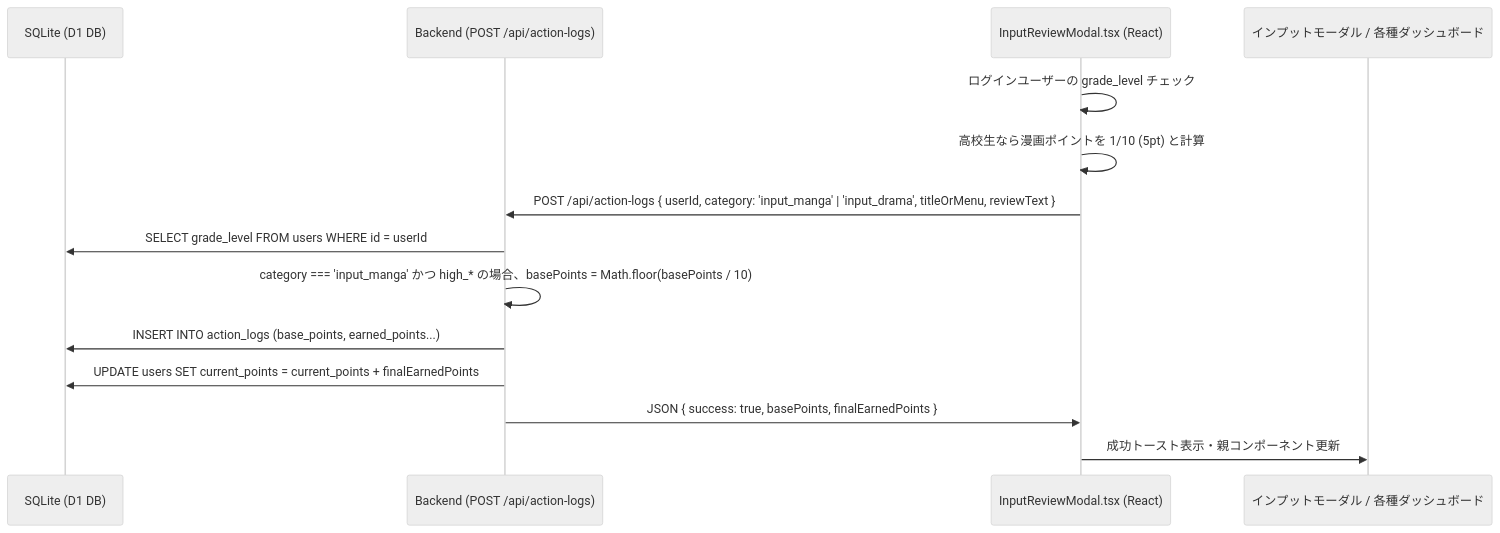
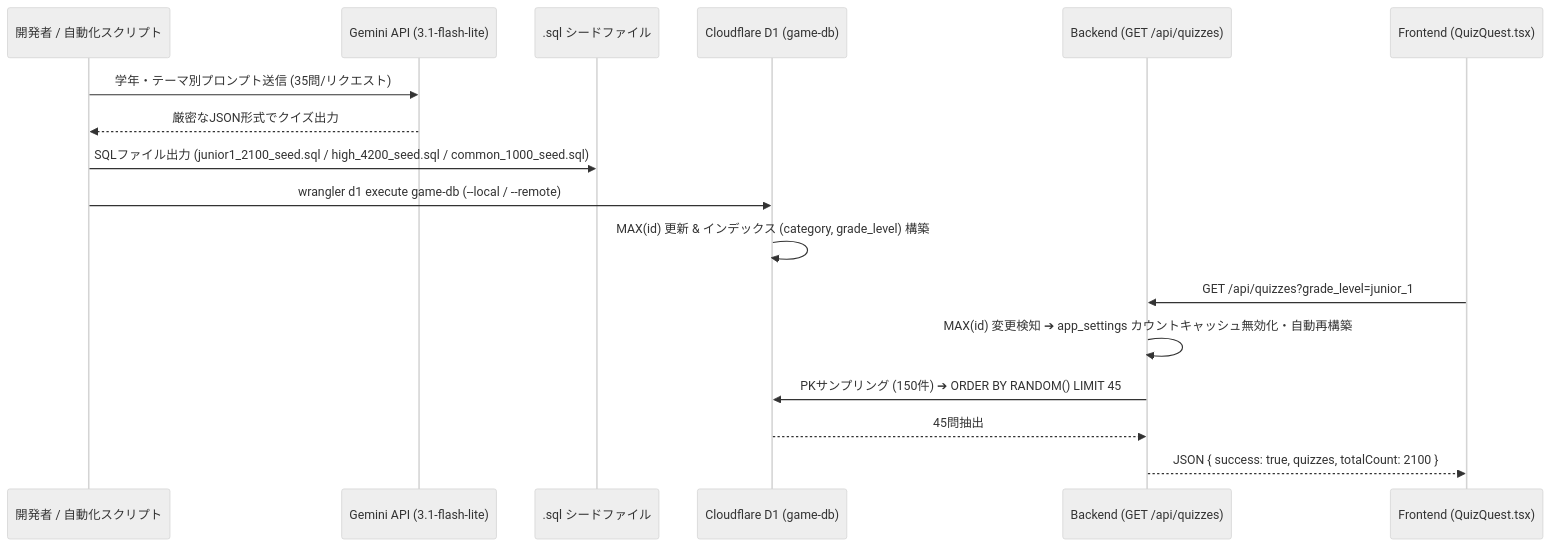
Before and after one commit to keitarofukui/incentique: the diagram in docs/design-spec.md, drawn with Mermaid (neutral theme). The commit also changed other lines of this file and 12 other files, not shown here.

Commit message:
feat: add 7,043 new quizzes for junior1, high school, and common current events categories using gemini-3.1-flash-lite

````diff
--- a/docs/design-spec.md
+++ b/docs/design-spec.md
@@ -44,17 +41,20 @@
 ```mermaid
 sequenceDiagram
-    participant DB as SQLite (D1 DB)
-    participant API as Backend (POST /api/action-logs)
-    participant Front as InputReviewModal.tsx (React)
-    participant UI as インプットモーダル / 各種ダッシュボード
+    participant Admin as 開発者 / 自動化スクリプト
+    participant Gemini as Gemini API (3.1-flash-lite)
+    participant SQL as .sql シードファイル
+    participant D1 as Cloudflare D1 (game-db)
+    participant API as Backend (GET /api/quizzes)
+    participant Front as Frontend (QuizQuest.tsx)
 
-    Front->>Front: ログインユーザーの grade_level チェック
-    Front->>Front: 高校生なら漫画ポイントを 1/10 (5pt) と計算
-    Front->>API: POST /api/action-logs { userId, category: 'input_manga' | 'input_drama', titleOrMenu, reviewText }
-    API->>DB: SELECT grade_level FROM users WHERE id = userId
-    API->>API: category === 'input_manga' かつ high_* の場合、basePoints = Math.floor(basePoints / 10)
-    API->>DB: INSERT INTO action_logs (base_points, earned_points...)
-    API->>DB: UPDATE users SET current_points = current_points + finalEarnedPoints
-    API->>Front: JSON { success: true, basePoints, finalEarnedPoints }
-    Front->>UI: 成功トースト表示・親コンポーネント更新
+    Admin->>Gemini: 学年・テーマ別プロンプト送信 (35問/リクエスト)
+    Gemini-->>Admin: 厳密なJSON形式でクイズ出力
+    Admin->>SQL: SQLファイル出力 (junior1_2100_seed.sql / high_4200_seed.sql / common_1000_seed.sql)
+    Admin->>D1: wrangler d1 execute game-db (--local / --remote)
+    D1->>D1: MAX(id) 更新 & インデックス (category, grade_level) 構築
+    Front->>API: GET /api/quizzes?grade_level=junior_1
+    API->>API: MAX(id) 変更検知 ➔ app_settings カウントキャッシュ無効化・自動再構築
+    API->>D1: PKサンプリング (150件) ➔ ORDER BY RANDOM() LIMIT 45
+    D1-->>API: 45問抽出
+    API-->>Front: JSON { success: true, quizzes, totalCount: 2100 }
 ```
````
